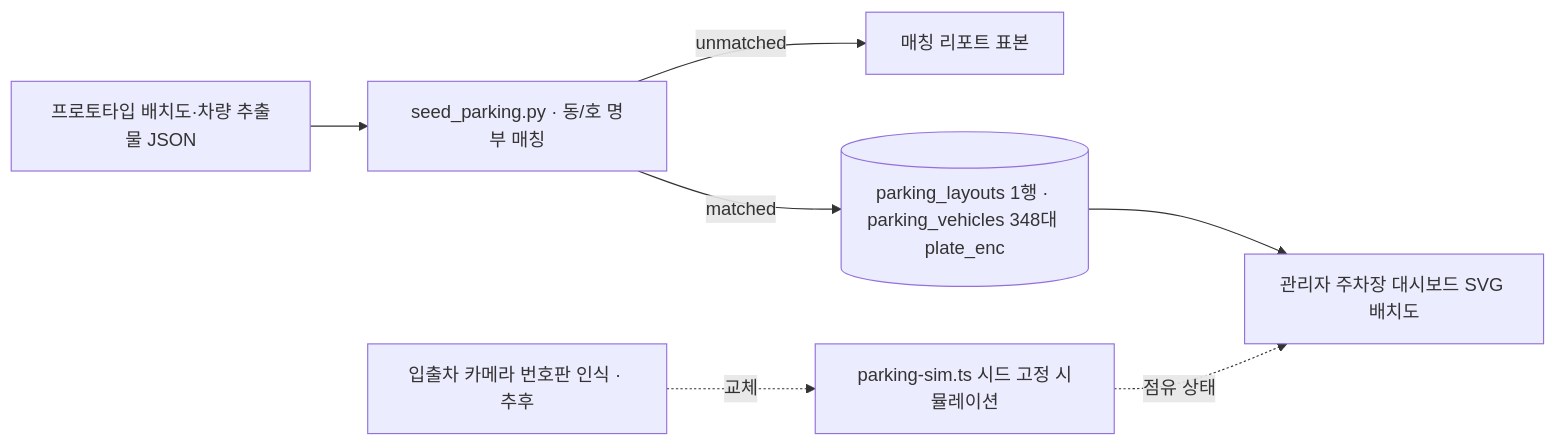
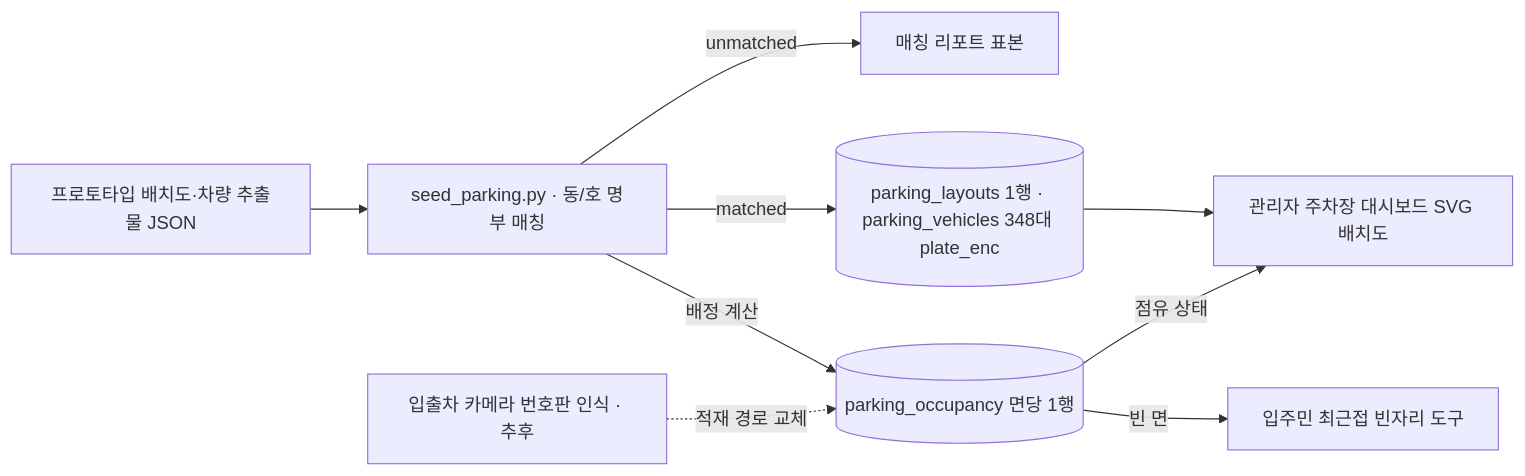
One commit to romis9724/LIVIQ changed the sixth of 8 diagrams in docs/11-data-architecture.md. Above: the diagram before and after it, drawn with Mermaid. The commit also changed other lines of this file and 5 other files, not shown here.

````diff
--- a/docs/11-data-architecture.md
+++ b/docs/11-data-architecture.md
@@ -151,9 +151,11 @@
 ```mermaid
 flowchart LR
   PROTO[프로토타입 배치도·차량 추출물 JSON] --> SEED[seed_parking.py · 동/호 명부 매칭]
   SEED -->|unmatched| RP3[매칭 리포트 표본]
   SEED -->|matched| PL[(parking_layouts 1행 · parking_vehicles 348대 plate_enc)]
+  SEED -->|배정 계산| OCC[(parking_occupancy 면당 1행)]
   PL --> PV[관리자 주차장 대시보드 SVG 배치도]
-  SIM[parking-sim.ts 시드 고정 시뮬레이션] -.점유 상태.-> PV
-  CAM[입출차 카메라 번호판 인식 · 추후] -.교체.-> SIM
+  OCC -->|점유 상태| PV
+  OCC -->|빈 면| TOOL[입주민 최근접 빈자리 도구]
+  CAM[입출차 카메라 번호판 인식 · 추후] -.적재 경로 교체.-> OCC
 ```
````
